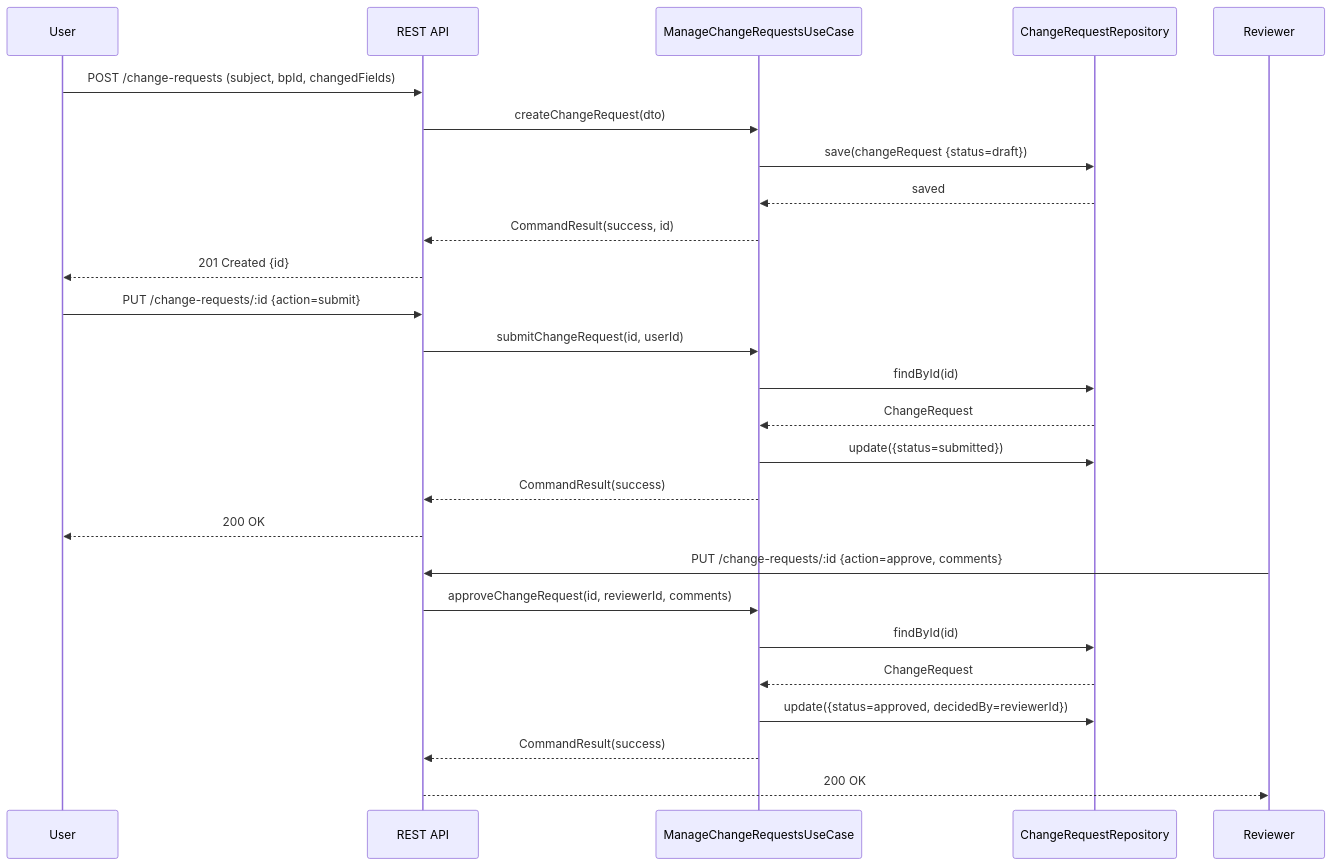
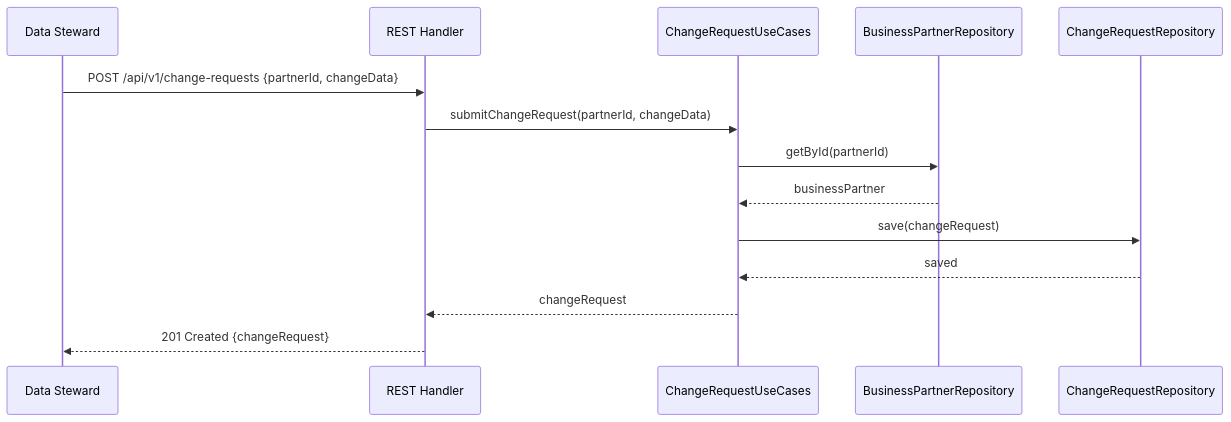
The third of 3 diagrams in masterdata-governance/UML.md (UIMSolutions/uim-platform), drawn with Mermaid before and after one commit. The commit also changed other lines of this file and 128 other files, not shown here.

Commit message:
Refactor UML documentation for Task Center and Transport services; streamline class diagrams, sequence diagrams, and component diagrams for clarity and consistency. Update NAFv4 architecture description to enhance structure and readability. Adjust container module imports for better organization.

````diff
--- a/masterdata-governance/UML.md
+++ b/masterdata-governance/UML.md
@@ -148,31 +83,17 @@
 ```mermaid
 sequenceDiagram
-    participant U as User
-    participant API as REST API
-    participant UC as ManageChangeRequestsUseCase
-    participant Repo as ChangeRequestRepository
-    participant R as Reviewer
+    participant S as Data Steward
+    participant R as REST Handler
+    participant UC as ChangeRequestUseCases
+    participant BPR as BusinessPartnerRepository
+    participant CRR as ChangeRequestRepository
 
-    U->>API: POST /change-requests (subject, bpId, changedFields)
-    API->>UC: createChangeRequest(dto)
-    UC->>Repo: save(changeRequest {status=draft})
-    Repo-->>UC: saved
-    UC-->>API: CommandResult(success, id)
-    API-->>U: 201 Created {id}
-
-    U->>API: PUT /change-requests/:id {action=submit}
-    API->>UC: submitChangeRequest(id, userId)
-    UC->>Repo: findById(id)
-    Repo-->>UC: ChangeRequest
-    UC->>Repo: update({status=submitted})
-    UC-->>API: CommandResult(success)
-    API-->>U: 200 OK
-
-    R->>API: PUT /change-requests/:id {action=approve, comments}
-    API->>UC: approveChangeRequest(id, reviewerId, comments)
-    UC->>Repo: findById(id)
-    Repo-->>UC: ChangeRequest
-    UC->>Repo: update({status=approved, decidedBy=reviewerId})
-    UC-->>API: CommandResult(success)
-    API-->>R: 200 OK
+    S->>R: POST /api/v1/change-requests {partnerId, changeData}
+    R->>UC: submitChangeRequest(partnerId, changeData)
+    UC->>BPR: getById(partnerId)
+    BPR-->>UC: businessPartner
+    UC->>CRR: save(changeRequest)
+    CRR-->>UC: saved
+    UC-->>R: changeRequest
+    R-->>S: 201 Created {changeRequest}
 ```
````
